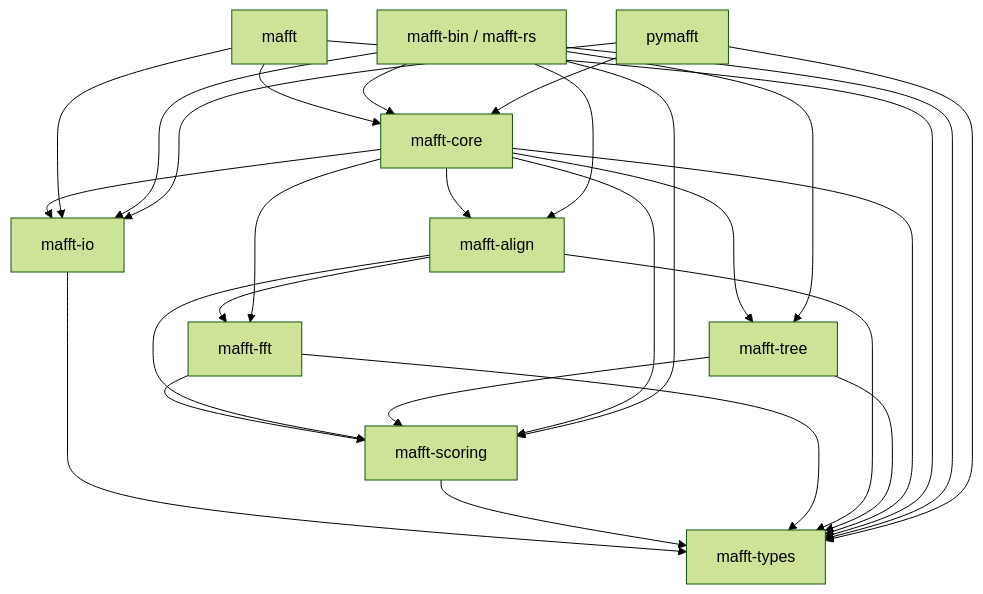
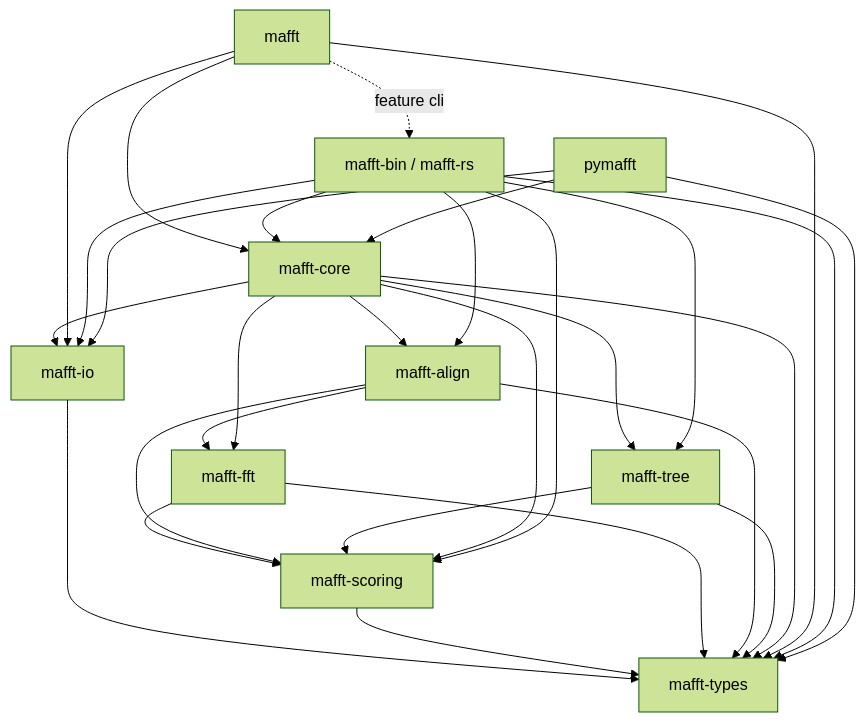
Before and after one commit to luksgrin/rust-MAFFT: the diagram in docs/architecture/workspace.md, drawn with Mermaid (forest theme). The commit also changed other lines of this file and 4 other files, not shown here.

First line of the commit message:
docs: document the in-memory entry point and the cli feature

````diff
--- a/docs/architecture/workspace.md
+++ b/docs/architecture/workspace.md
@@ -26,13 +26,14 @@
 ```mermaid
 flowchart TD
     types[mafft-types]
     io[mafft-io] --> types
     scoring[mafft-scoring] --> types
     fft[mafft-fft] --> types & scoring
     align[mafft-align] --> types & scoring & fft
     tree[mafft-tree] --> types & scoring
     core[mafft-core] --> types & scoring & align & tree & fft & io
     mafft[mafft] --> core & types & io
+    mafft -. feature cli .-> bin
     bin[mafft-bin / mafft-rs] --> core & io & types & tree & scoring & align
     pymafft[pymafft] --> core & io & types
 ```
````
